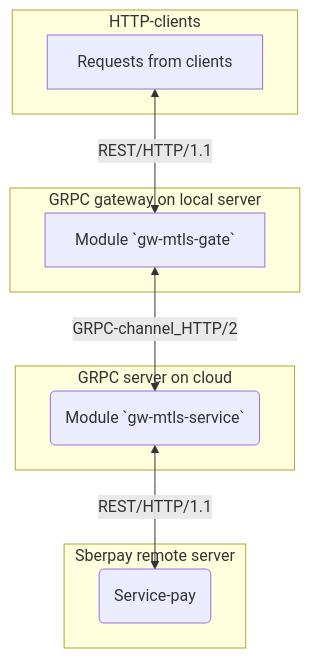
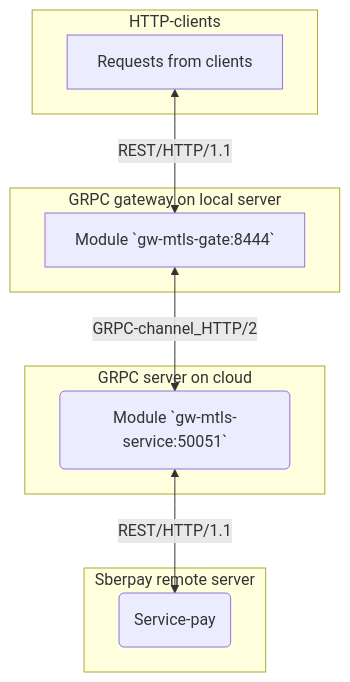
The diagram in README.md (blablatov/gosberpay), drawn with Mermaid before and after one commit. The commit also changed 1 other file, not shown here.

Commit message:
rest grpc-gateway sberpay

````diff
--- a/README.md
+++ b/README.md
@@ -103,22 +103,22 @@
 ```mermaid
 graph TB
 
   SubGraph1Flow
   subgraph "GRPC server on cloud"
   SubGraph1Flow(Module `gw-mtls-service`)
   end
  
   subgraph "GRPC gateway on local server"
   SubGraph2Flow(http-proxy)
   end
 
   subgraph "Sberpay remote server"
   SubGraph3Flow(Service-pay)
   end
 
   subgraph "HTTP-clients"
   Node1[Requests from clients] -- REST/HTTP/1.1 <--> SubGraph2Flow
-  SubGraph2Flow[Module `gw-mtls-gate`] -- GRPC-channel_HTTP/2 <--> SubGraph1Flow
-  SubGraph1Flow(Module `gw-mtls-service`) -- REST/HTTP/1.1 <--> SubGraph3Flow
+  SubGraph2Flow[Module `gw-mtls-gate:8444`] -- GRPC-channel_HTTP/2 <--> SubGraph1Flow
+  SubGraph1Flow(Module `gw-mtls-service:50051`) -- REST/HTTP/1.1 <--> SubGraph3Flow
 end
 ```
````
